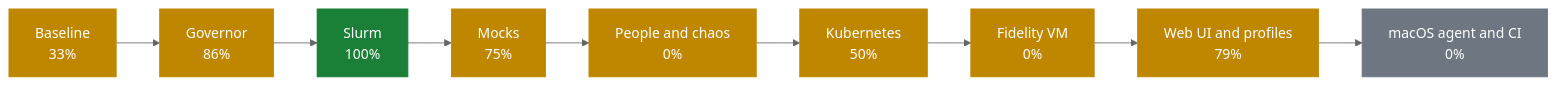
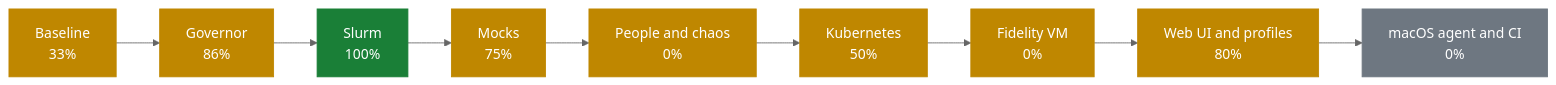
The first of 2 diagrams in docs/PROGRESS.md (AhmedYousriSobhi/workbench), drawn with Mermaid (neutral theme) before and after one commit. The commit also changed other lines of this file and 7 other files, not shown here.

````diff
--- a/docs/PROGRESS.md
+++ b/docs/PROGRESS.md
@@ -10,17 +10,17 @@
 ```mermaid
 flowchart LR
     p0["Baseline<br/>33%"]:::partial
     p1["Governor<br/>86%"]:::partial
     p2["Slurm<br/>100%"]:::done
     p3["Mocks<br/>75%"]:::partial
     p4["People and chaos<br/>0%"]:::partial
     p5["Kubernetes<br/>50%"]:::partial
     p6["Fidelity VM<br/>0%"]:::partial
-    p7["Web UI and profiles<br/>79%"]:::partial
+    p7["Web UI and profiles<br/>80%"]:::partial
     p8["macOS agent and CI<br/>0%"]:::todo
     p0 --> p1 --> p2 --> p3 --> p4 --> p5 --> p6 --> p7 --> p8
     classDef done fill:#1a7f37,stroke:#1a7f37,color:#fff
     classDef review fill:#0969da,stroke:#0969da,color:#fff
     classDef partial fill:#bf8700,stroke:#bf8700,color:#fff
     classDef todo fill:#6e7781,stroke:#6e7781,color:#fff
 ```
````
